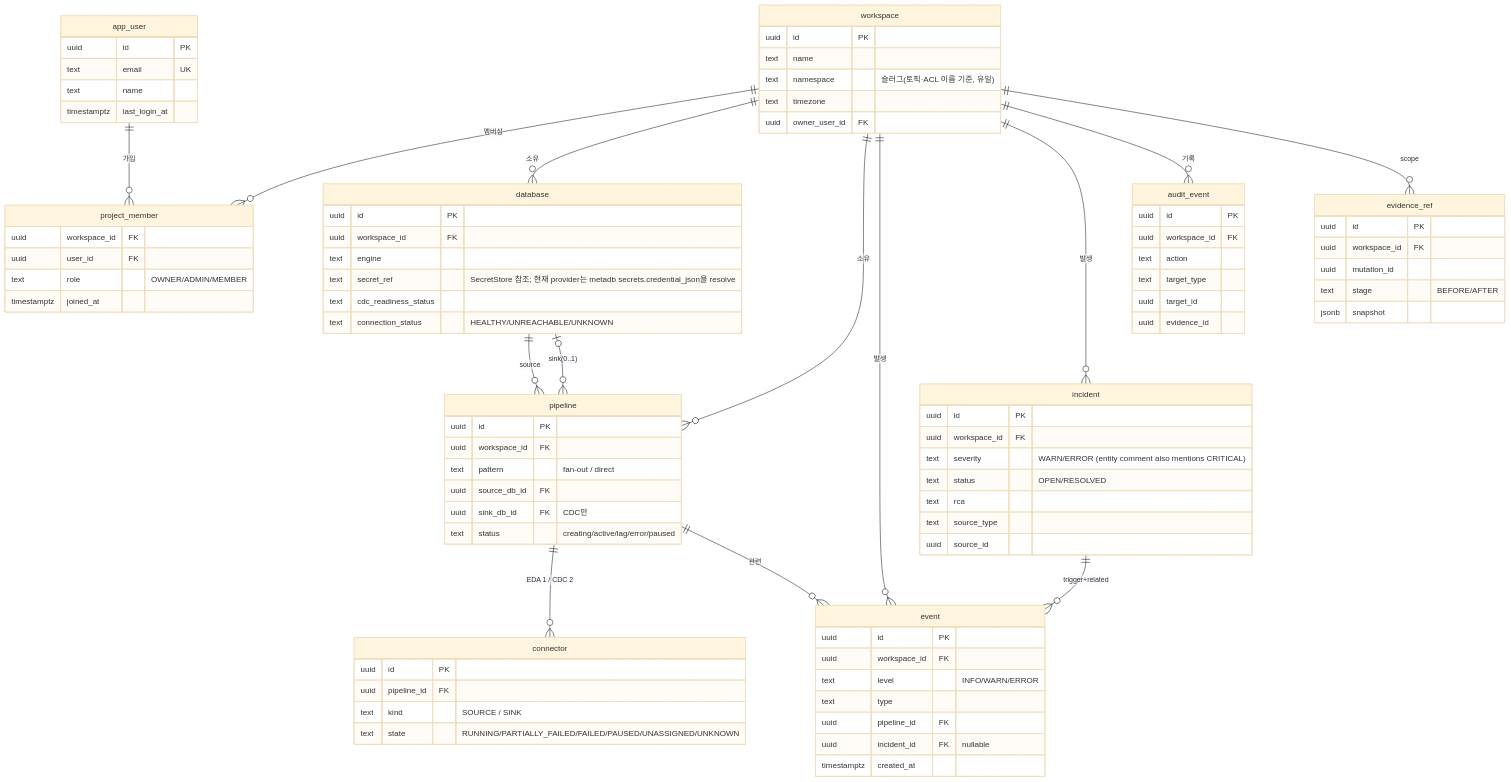
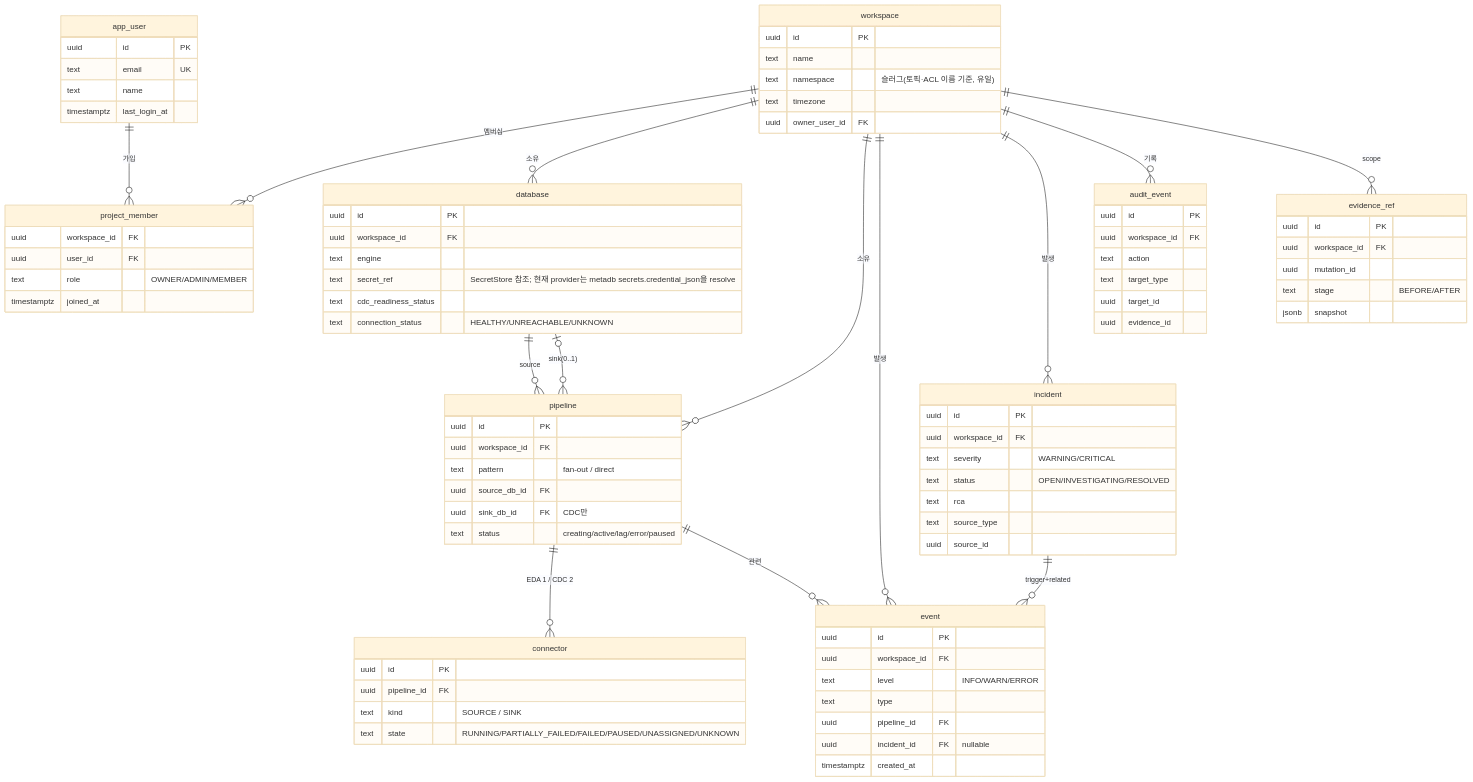
The diagram in docs/design/backend-springboot/data-model.md (cloud-team2/bifrost), drawn with Mermaid (base theme) before and after one commit. The commit also changed other lines of this file and 5 other files, not shown here.

```diff
--- a/docs/design/backend-springboot/data-model.md
+++ b/docs/design/backend-springboot/data-model.md
@@ -83,8 +83,8 @@
     incident {
         uuid id PK
         uuid workspace_id FK
-        text severity "WARN/ERROR (entity comment also mentions CRITICAL)"
-        text status "OPEN/RESOLVED"
+        text severity "WARNING/CRITICAL"
+        text status "OPEN/INVESTIGATING/RESOLVED"
         text rca
         text source_type
         uuid source_id
```
